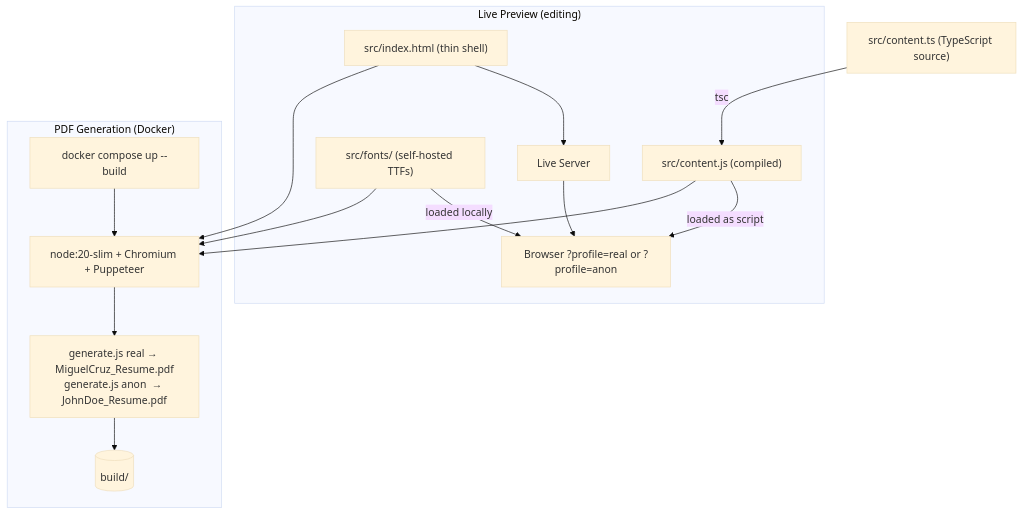
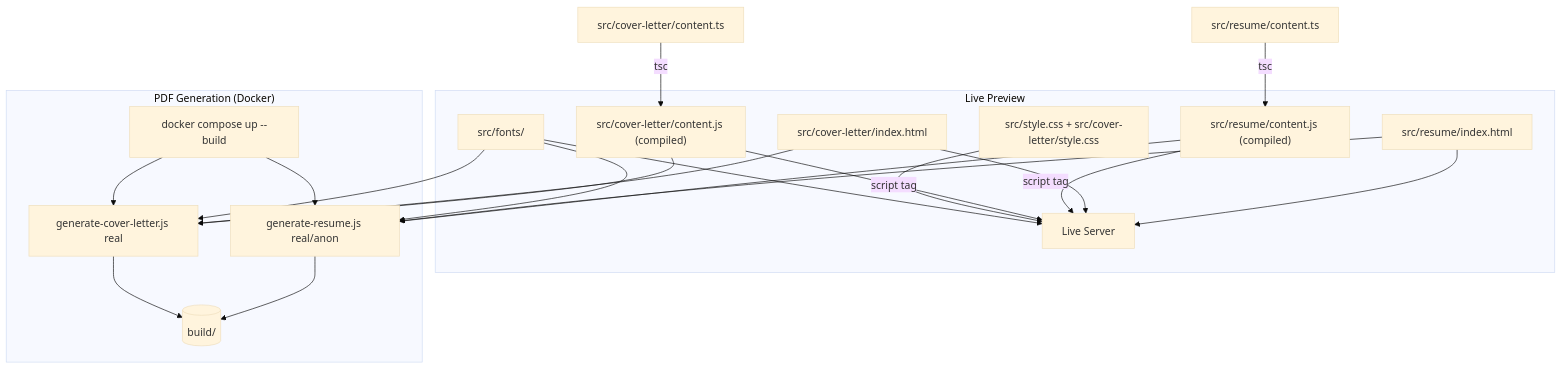
Before and after one commit to migcruz/cruzmiguelresume: the diagram in README.md, drawn with Mermaid (base theme). The commit also changed other lines of this file and 14 other files, not shown here.

Commit message:
added cover letter pipeline and reorganized files and paths

````diff
--- a/README.md
+++ b/README.md
@@ -82,28 +88,39 @@
 ```mermaid
 flowchart TD
-    contentts["src/content.ts (TypeScript source)"]
-    contentjs["src/content.js (compiled)"]
-    html["src/index.html (thin shell)"]
-    fonts["src/fonts/ (self-hosted TTFs)"]
+    resumets["src/resume/content.ts"]
+    resumejs["src/resume/content.js (compiled)"]
+    resumehtml["src/resume/index.html"]
+    clts["src/cover-letter/content.ts"]
+    cljs["src/cover-letter/content.js (compiled)"]
+    clhtml["src/cover-letter/index.html"]
+    css["src/style.css + src/cover-letter/style.css"]
+    fonts["src/fonts/"]
 
-    contentts -->|tsc| contentjs
+    resumets -->|tsc| resumejs
+    clts -->|tsc| cljs
 
-    subgraph preview["Live Preview (editing)"]
+    subgraph preview["Live Preview"]
         LS["Live Server"]
-        BR["Browser ?profile=real or ?profile=anon"]
-        html --> LS --> BR
-        contentjs -->|loaded as script| BR
-        fonts -->|loaded locally| BR
+        resumehtml --> LS
+        clhtml --> LS
+        resumejs -->|script tag| LS
+        cljs -->|script tag| LS
+        css --> LS
+        fonts --> LS
     end
 
     subgraph docker["PDF Generation (Docker)"]
         DC["docker compose up --build"]
-        IMG["node:20-slim + Chromium + Puppeteer"]
-        GEN["generate.js real → MiguelCruz_Resume.pdf\ngenerate.js anon  → JohnDoe_Resume.pdf"]
+        GR["generate-resume.js real/anon"]
+        GC["generate-cover-letter.js real"]
         VOL[("build/")]
-        DC --> IMG --> GEN --> VOL
-        contentjs --> IMG
-        html --> IMG
-        fonts --> IMG
+        DC --> GR --> VOL
+        DC --> GC --> VOL
+        resumejs --> GR
+        cljs --> GC
+        resumehtml --> GR
+        clhtml --> GC
+        fonts --> GR
+        fonts --> GC
     end
 ```
````
